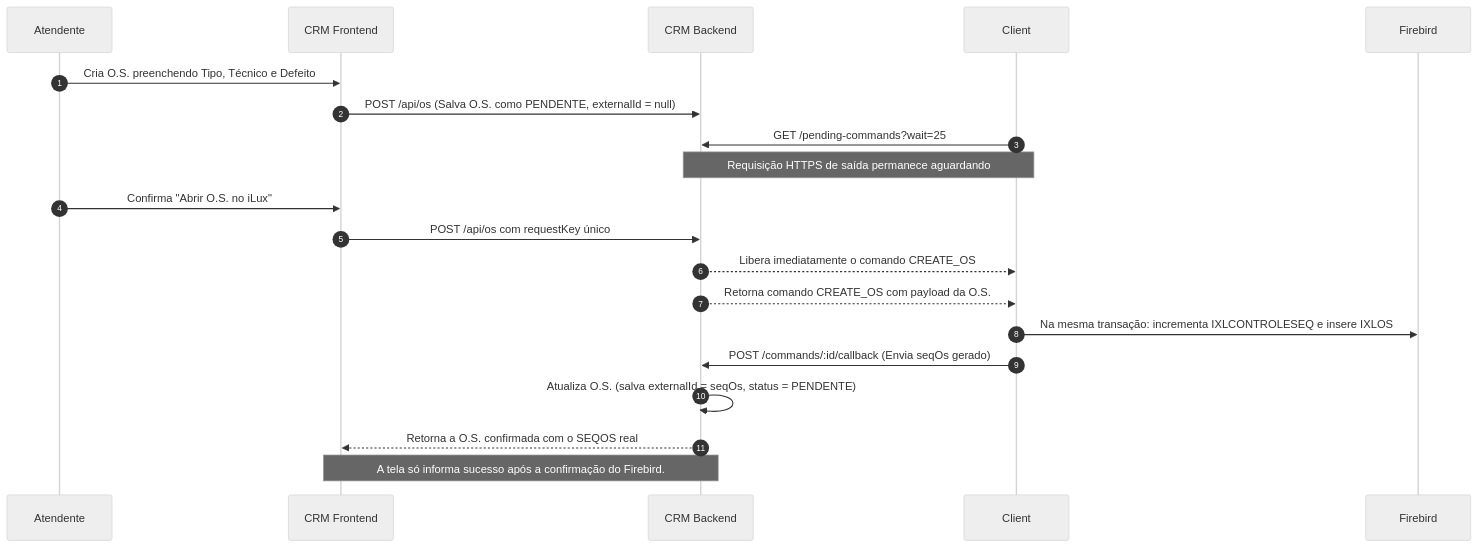
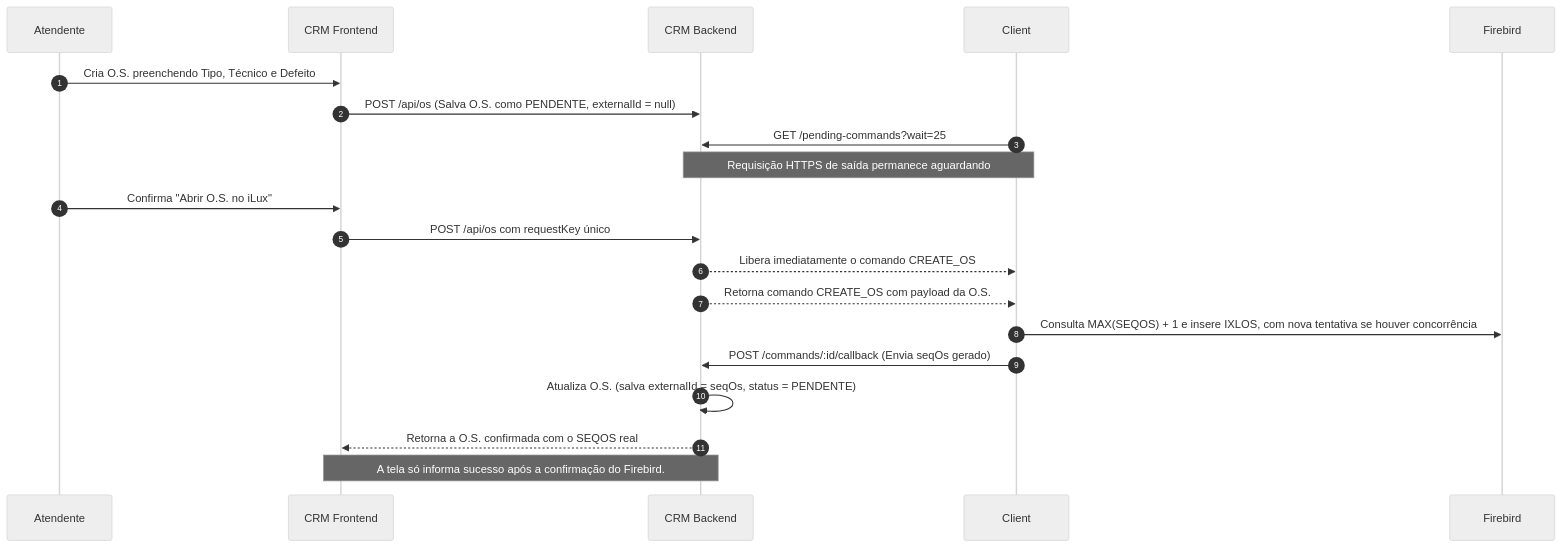
The second of 2 diagrams in docs/firebird-integration.md (EnzoAndrade2001/CRM-Juridico), drawn with Mermaid (neutral theme) before and after one commit. The commit also changed other lines of this file and 5 other files, not shown here.

````diff
--- a/docs/firebird-integration.md
+++ b/docs/firebird-integration.md
@@ -42,17 +42,17 @@
 ```mermaid
 sequenceDiagram
     autonumber
     Atendente->>CRM Frontend: Cria O.S. preenchendo Tipo, Técnico e Defeito
     CRM Frontend->>CRM Backend: POST /api/os (Salva O.S. como PENDENTE, externalId = null)
     Client->>CRM Backend: GET /pending-commands?wait=25
     Note over Client,CRM Backend: Requisição HTTPS de saída permanece aguardando
     Atendente->>CRM Frontend: Confirma "Abrir O.S. no iLux"
     CRM Frontend->>CRM Backend: POST /api/os com requestKey único
     CRM Backend-->>Client: Libera imediatamente o comando CREATE_OS
         CRM Backend-->>Client: Retorna comando CREATE_OS com payload da O.S.
-        Client->>Firebird: Na mesma transação: incrementa IXLCONTROLESEQ e insere IXLOS
+        Client->>Firebird: Consulta MAX(SEQOS) + 1 e insere IXLOS, com nova tentativa se houver concorrência
         Client->>CRM Backend: POST /commands/:id/callback (Envia seqOs gerado)
         CRM Backend->>CRM Backend: Atualiza O.S. (salva externalId = seqOs, status = PENDENTE)
     CRM Backend-->>CRM Frontend: Retorna a O.S. confirmada com o SEQOS real
     Note over CRM Frontend,CRM Backend: A tela só informa sucesso após a confirmação do Firebird.
 ```
````
